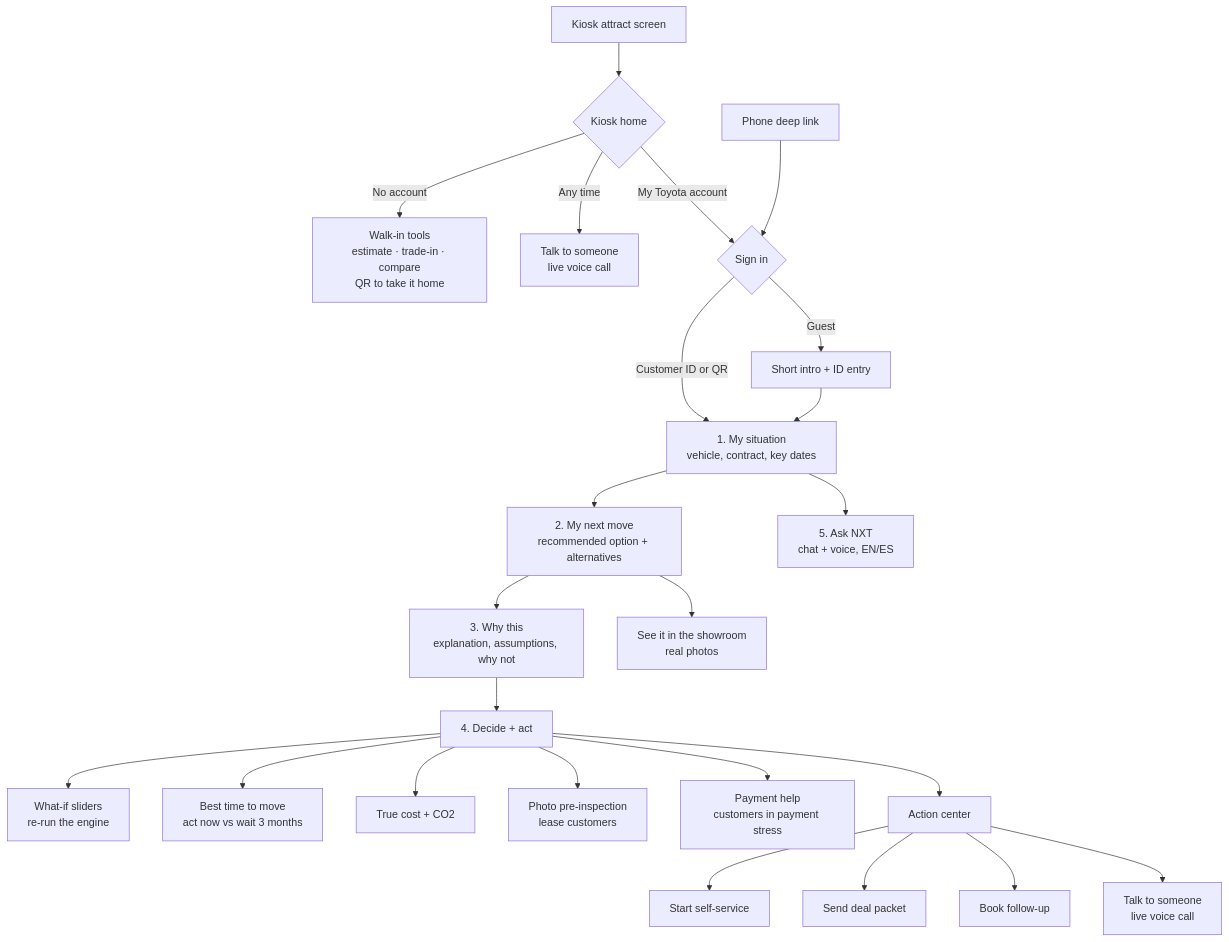
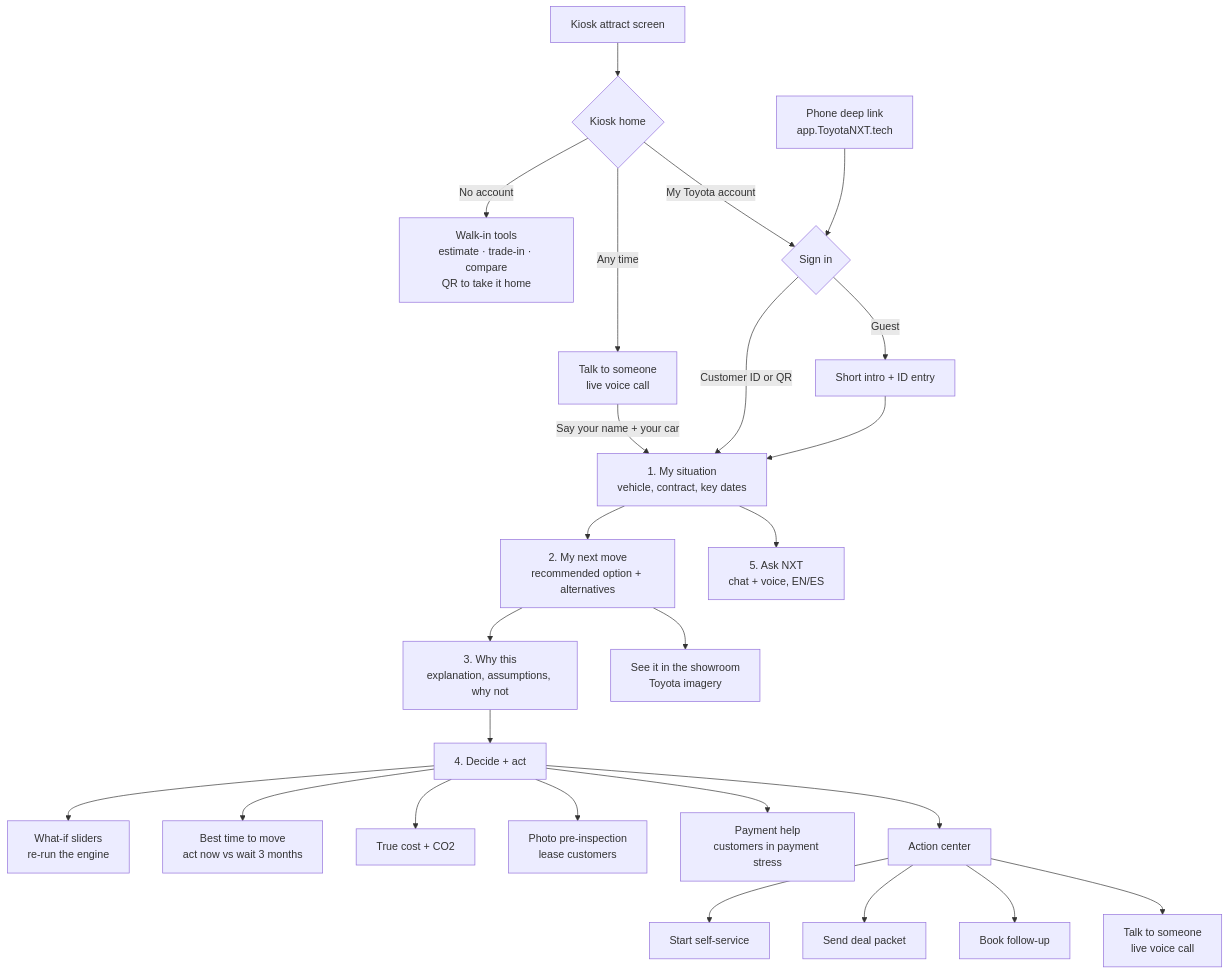
One commit to vishvacyber/toyota-nextmove changed the second of 9 diagrams in README.md. Above: the diagram before and after it, drawn with Mermaid. The commit also changed other lines of this file and 2 other files, not shown here.

First line of the commit message:
feat: toyotanxt.tech routing; README refresh

````diff
--- a/README.md
+++ b/README.md
@@ -144,25 +158,26 @@
 ```mermaid
 flowchart TD
   K["Kiosk attract screen"] --> KH{"Kiosk home"}
   KH -->|"No account"| W["Walk-in tools<br/>estimate · trade-in · compare<br/>QR to take it home"]
   KH -->|"Any time"| V["Talk to someone<br/>live voice call"]
+  V -->|"Say your name + your car"| C
   KH -->|"My Toyota account"| B{"Sign in"}
-  A["Phone deep link"] --> B
+  A["Phone deep link<br/>app.ToyotaNXT.tech"] --> B
   B -->|"Customer ID or QR"| C["1. My situation<br/>vehicle, contract, key dates"]
   B -->|"Guest"| G["Short intro + ID entry"] --> C
   C --> D["2. My next move<br/>recommended option + alternatives"]
   D --> E["3. Why this<br/>explanation, assumptions, why not"]
   E --> F["4. Decide + act"]
   F --> F1["What-if sliders<br/>re-run the engine"]
   F --> F2["Best time to move<br/>act now vs wait 3 months"]
   F --> F3["True cost + CO2"]
   F --> F4["Photo pre-inspection<br/>lease customers"]
   F --> F5["Payment help<br/>customers in payment stress"]
   F --> F6["Action center"]
   F6 --> X1["Start self-service"]
   F6 --> X2["Send deal packet"]
   F6 --> X3["Book follow-up"]
   F6 --> X4["Talk to someone<br/>live voice call"]
-  D --> S["See it in the showroom<br/>real photos"]
+  D --> S["See it in the showroom<br/>Toyota imagery"]
   C --> H["5. Ask NXT<br/>chat + voice, EN/ES"]
 ```
````
